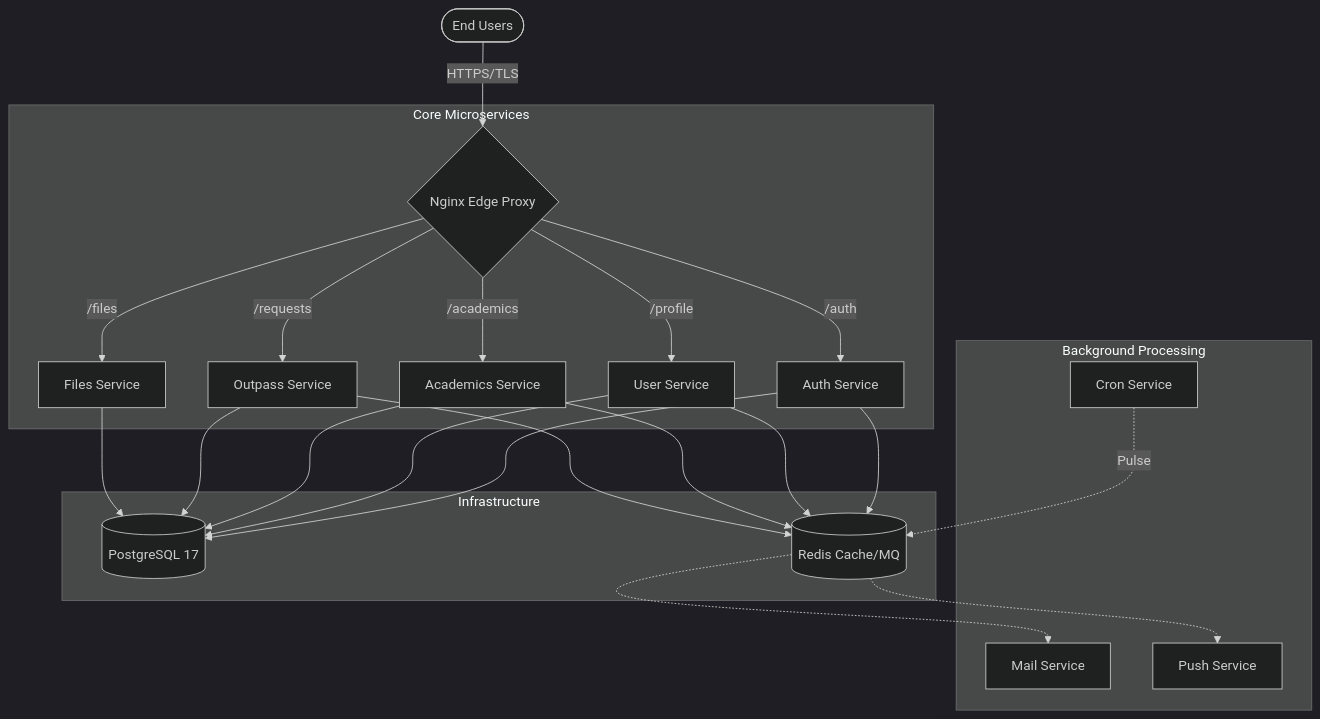
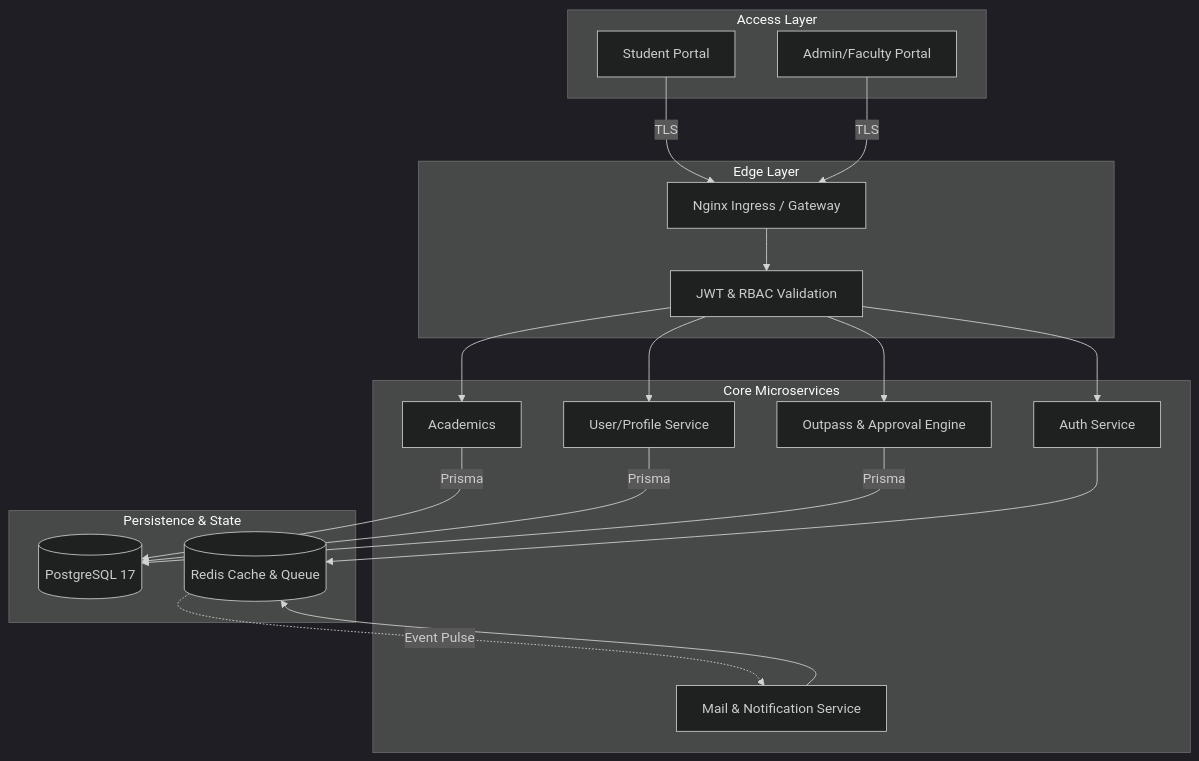
Before and after one commit to uniz-rguktong/uniz-master: the diagram in README.md, drawn with Mermaid (dark theme). The commit also changed other lines of this file and 4 other files, not shown here.

````diff
--- a/README.md
+++ b/README.md
@@ -32,23 +21,32 @@
 ```mermaid
 graph TD
-    User([End Users]) -->|HTTPS/TLS| Nginx{Nginx Edge Proxy}
-
-    subgraph "Core Microservices"
-        Nginx -->|/auth| Auth[Auth Service]
-        Nginx -->|/profile| UserS[User Service]
-        Nginx -->|/academics| Acad[Academics Service]
-        Nginx -->|/requests| Out[Outpass Service]
-        Nginx -->|/files| File[Files Service]
+    subgraph Users ["Access Layer"]
+        Student["Student Portal"]
+        Admin["Admin/Faculty Portal"]
     end
 
-    subgraph "Infrastructure"
-        Auth & UserS & Acad & Out & File --> DB[(PostgreSQL 17)]
-        Auth & UserS & Acad & Out --> Redis[(Redis Cache/MQ)]
+    subgraph Edge ["Edge Layer"]
+        Nginx["Nginx Ingress / Gateway"]
+        Auth_Edge["JWT & RBAC Validation"]
     end
 
-    subgraph "Background Processing"
-        Cron[Cron Service] -.->|Pulse| Redis
-        Redis -.-> Mail[Mail Service]
-        Redis -.-> Notif[Push Service]
+    subgraph Services ["Core Microservices"]
+        Academics["Academics"]
+        Auth["Auth Service"]
+        Profiles["User/Profile Service"]
+        Outpass["Outpass & Approval Engine"]
+        Mail["Mail & Notification Service"]
     end
+
+    subgraph Data ["Persistence & State"]
+        PG[(PostgreSQL 17)]
+        Redis[(Redis Cache & Queue)]
+    end
+
+    Student & Admin -->|TLS| Nginx
+    Nginx --> Auth_Edge
+    Auth_Edge --> Academics & Auth & Profiles & Outpass
+    Academics & Profiles & Outpass -->|Prisma| PG
+    Auth & Mail --> Redis
+    Redis -.->|Event Pulse| Mail
 ```
````
